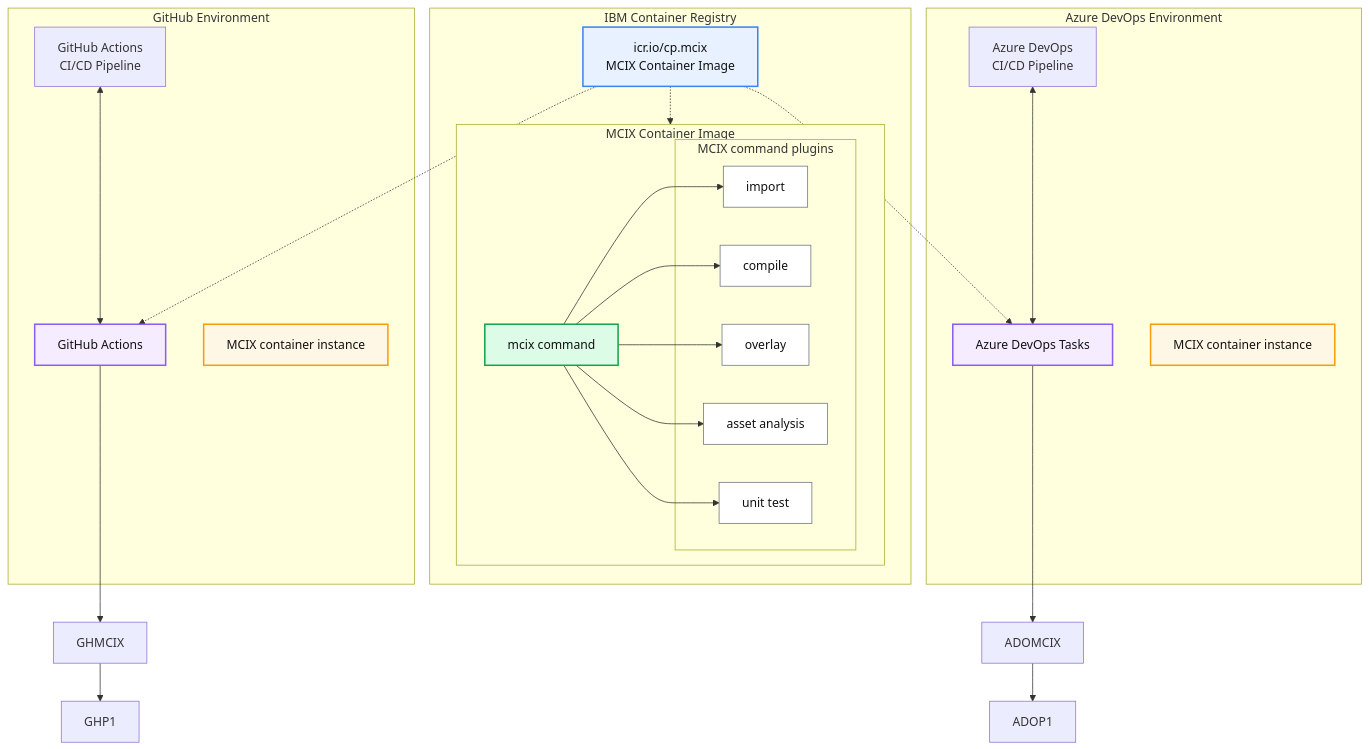
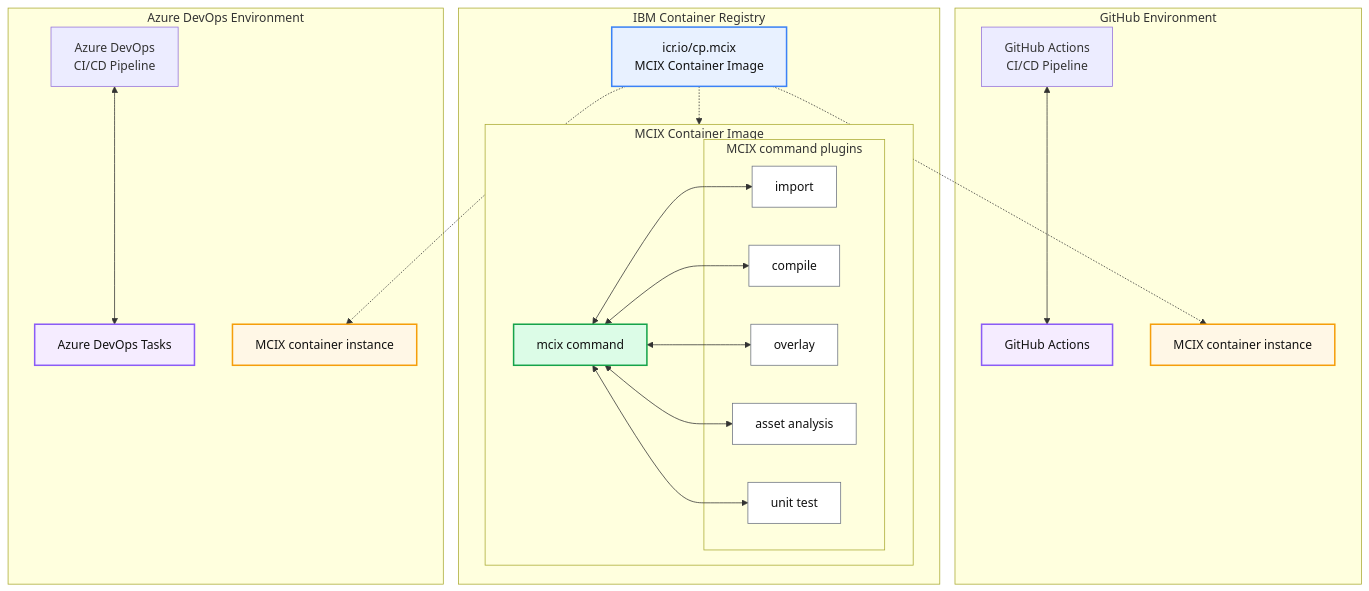
Before and after one commit to MettleCI/mcix: the diagram in ARCHITECTURE.md, drawn with Mermaid.

Commit message:
Update architecture diagram references and connections

````diff
--- a/ARCHITECTURE.md
+++ b/ARCHITECTURE.md
@@ -21,6 +21,10 @@
   end
   class GHA tooling
   class GHCONT runtime
+
+  %% GH Tooling references 
+  GHPIPE <--> GHA
+
 
   %% =========================
   %% Registry
@@ -48,11 +52,11 @@
   class ICR registry
 
   ICR -.-> IMG
-  MCIX --> P1
-  MCIX --> P2
-  MCIX --> P3
-  MCIX --> P4
-  MCIX --> P5
+  MCIX <--> P1
+  MCIX <--> P2
+  MCIX <--> P3
+  MCIX <--> P4
+  MCIX <--> P5
 
   %% =========================
   %% Azure DevOps environment
@@ -68,18 +72,10 @@
   %% =========================
   %% Distribution from registry
   %% =========================
-  ICR -.-> GHA
-  ICR -.-> ADOT
+  ICR -.-> GHCONT
+  ICR -.-> ADOCONT
 
-  %% =========================
-  %% Tooling references into runtime
-  %% =========================
-  GHPIPE <--> GHA
-  
-  GHA --> GHMCIX
-  GHMCIX --> GHP1
+  %% ADO Tooling references 
+  ADOPIPE <--> ADOT
 
-  ADOPIPE <--> ADOT
-  ADOT --> ADOMCIX
-  ADOMCIX --> ADOP1
 ```
````
